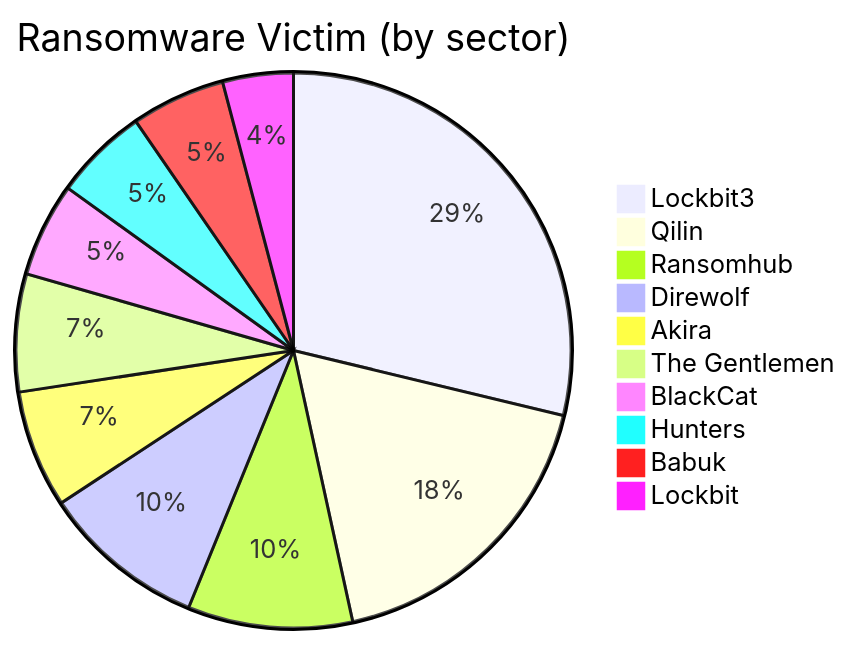
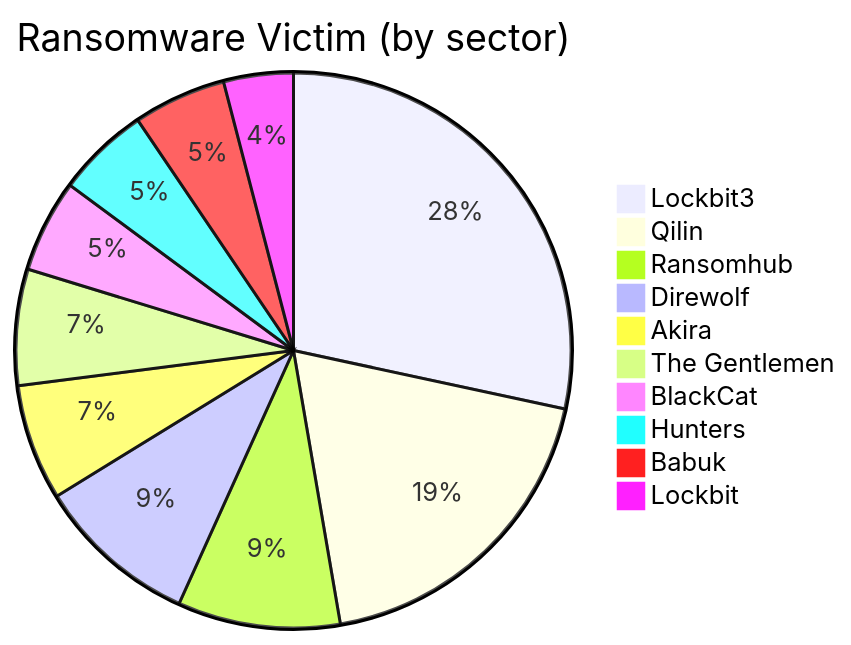
Before and after one commit to rectifyq/site: the second of 3 diagrams in content/MY Threat Landscape/ransomware.md, drawn with Mermaid. The commit also changed other lines of this file and 186 other files, not shown here.

````diff
--- a/content/MY Threat Landscape/ransomware.md
+++ b/content/MY Threat Landscape/ransomware.md
@@ -126,13 +127,13 @@
 ```mermaid
 pie title Ransomware Victim (by sector)
     "Lockbit3" : 21
-    "Qilin" : 13
+    "Qilin" : 14
     "Ransomhub" : 7
     "Direwolf" : 7
     "Akira" : 5
     "The Gentlemen" : 5
     "BlackCat" : 4
     "Hunters" : 4
     "Babuk" : 4
     "Lockbit" : 3
 ```
````
